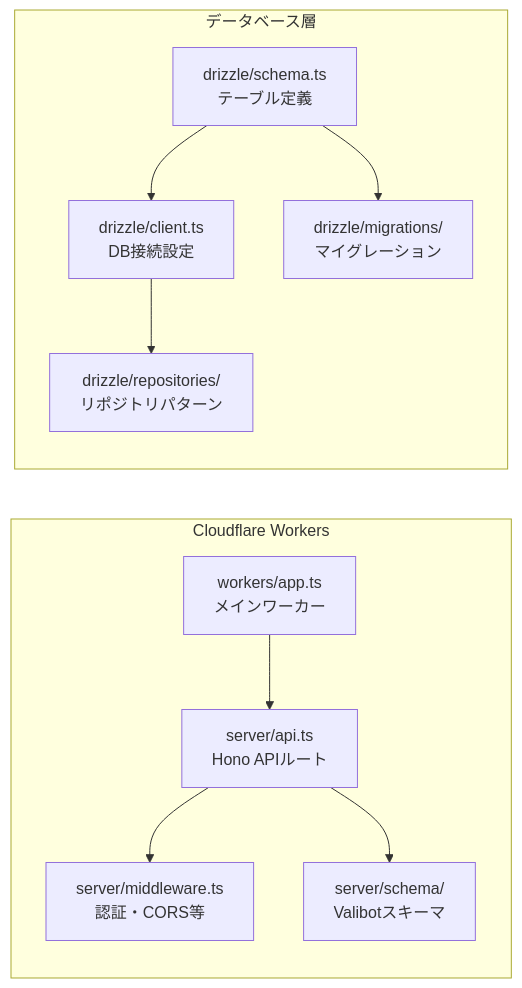
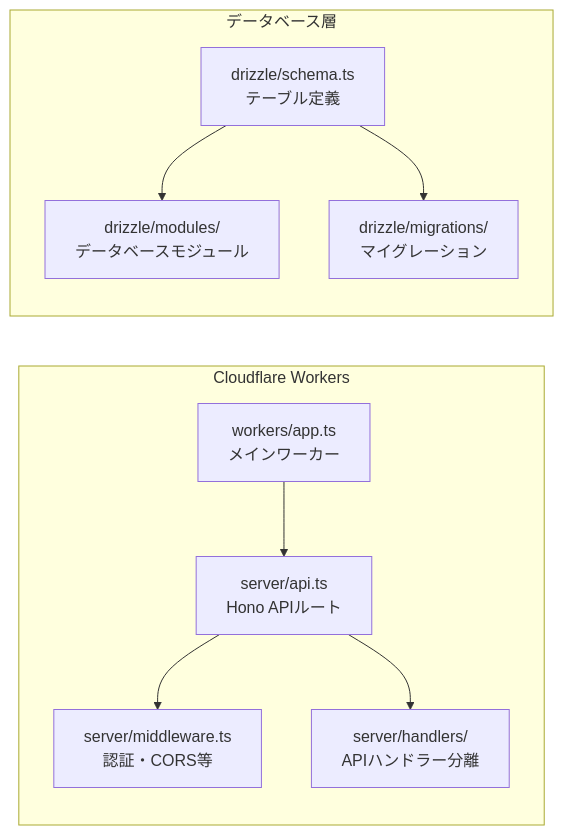
The fourth of 5 diagrams in README.md (boborder/getting), drawn with Mermaid before and after one commit. The commit also changed other lines of this file and 34 other files, not shown here.

````diff
--- a/README.md
+++ b/README.md
@@ -151,23 +150,21 @@
 ```mermaid
 graph LR
     subgraph "Cloudflare Workers"
         A[workers/app.ts<br/>メインワーカー]
         B[server/api.ts<br/>Hono APIルート]
         C[server/middleware.ts<br/>認証・CORS等]
-        D[server/schema/<br/>Valibotスキーマ]
+        D[server/handlers/<br/>APIハンドラー分離]
     end
 
     subgraph "データベース層"
         E[drizzle/schema.ts<br/>テーブル定義]
-        F[drizzle/client.ts<br/>DB接続設定]
-        G[drizzle/repositories/<br/>リポジトリパターン]
-        H[drizzle/migrations/<br/>マイグレーション]
+        F[drizzle/modules/<br/>データベースモジュール]
+        G[drizzle/migrations/<br/>マイグレーション]
     end
 
     A --> B
     B --> C
     B --> D
     E --> F
-    F --> G
-    E --> H
+    E --> G
 ```
````
